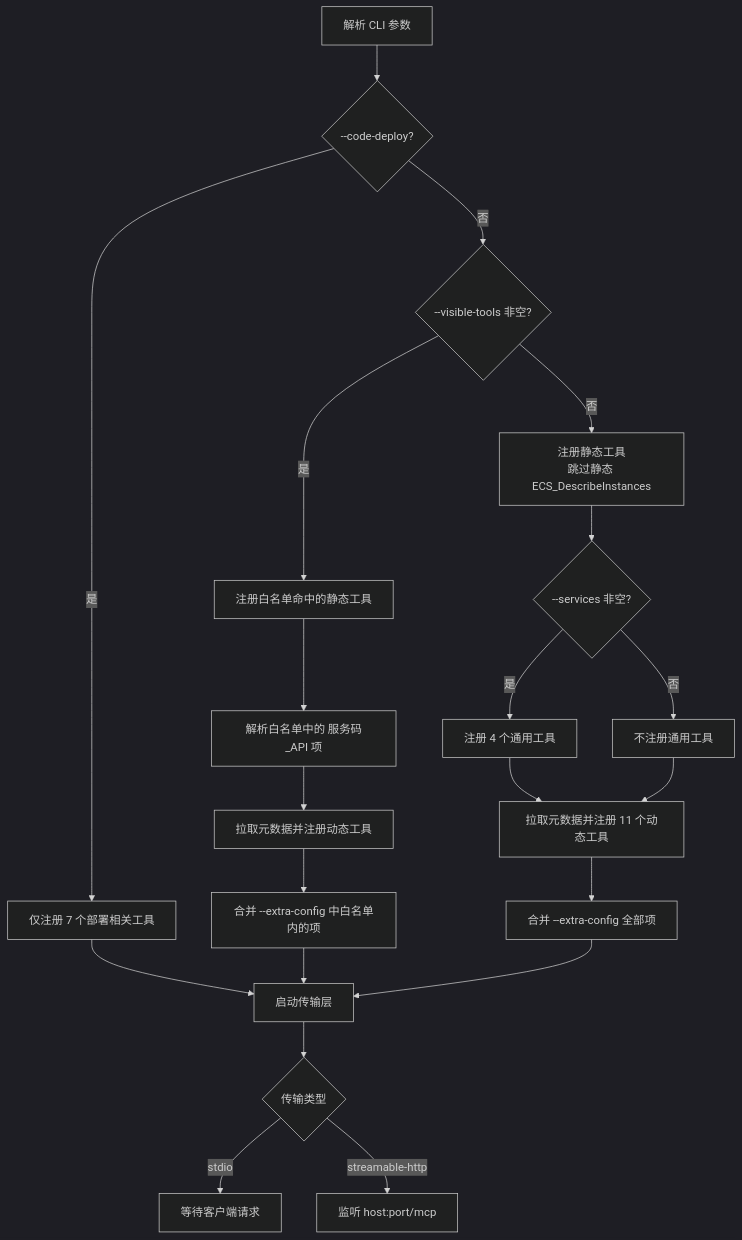
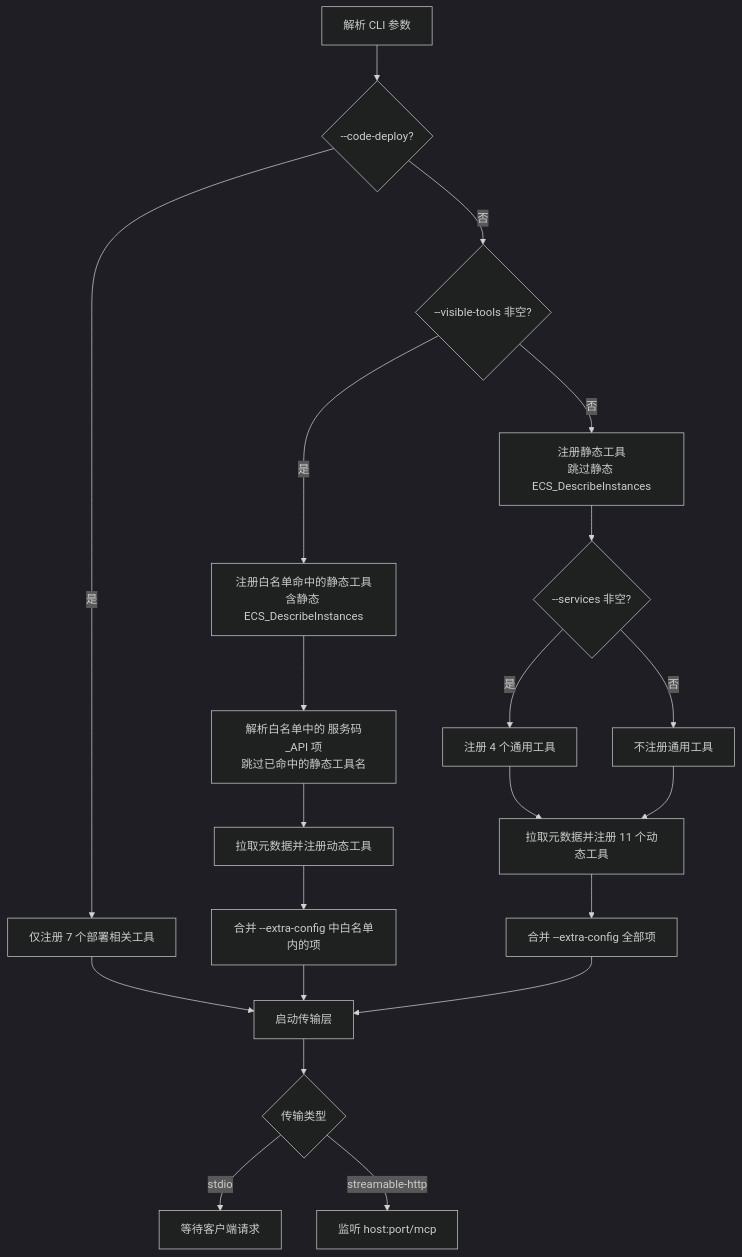
Before and after one commit to bambuo/alibaba-cloud-ops-mcp-server-cs: the first of 2 diagrams in docs/流程/01-MCP工具注册与调用-v1.md, drawn with Mermaid (dark theme). The commit also changed other lines of this file and 7 other files, not shown here.

````diff
--- a/docs/流程/01-MCP工具注册与调用-v1.md
+++ b/docs/流程/01-MCP工具注册与调用-v1.md
@@ -25,23 +25,23 @@
 ```mermaid
 flowchart TD
     A[解析 CLI 参数] --> B{"--code-deploy?"}
     B -->|是| C[仅注册 7 个部署相关工具]
     B -->|否| D{"--visible-tools 非空?"}
-    D -->|是| E[注册白名单命中的静态工具]
-    E --> F[解析白名单中的 服务码_API 项]
+    D -->|是| E[注册白名单命中的静态工具<br/>含静态 ECS_DescribeInstances]
+    E --> F["解析白名单中的 服务码_API 项<br/>跳过已命中的静态工具名"]
     F --> G[拉取元数据并注册动态工具]
     G --> H[合并 --extra-config 中白名单内的项]
     D -->|否| I[注册静态工具<br/>跳过静态 ECS_DescribeInstances]
     I --> J{--services 非空?}
     J -->|是| K[注册 4 个通用工具]
     J -->|否| L[不注册通用工具]
     K --> M[拉取元数据并注册 11 个动态工具]
     L --> M
     M --> N[合并 --extra-config 全部项]
     C --> O[启动传输层]
     H --> O
     N --> O
     O --> P{传输类型}
     P -->|stdio| Q[等待客户端请求]
     P -->|streamable-http| R[监听 host:port/mcp]
 ```
````
